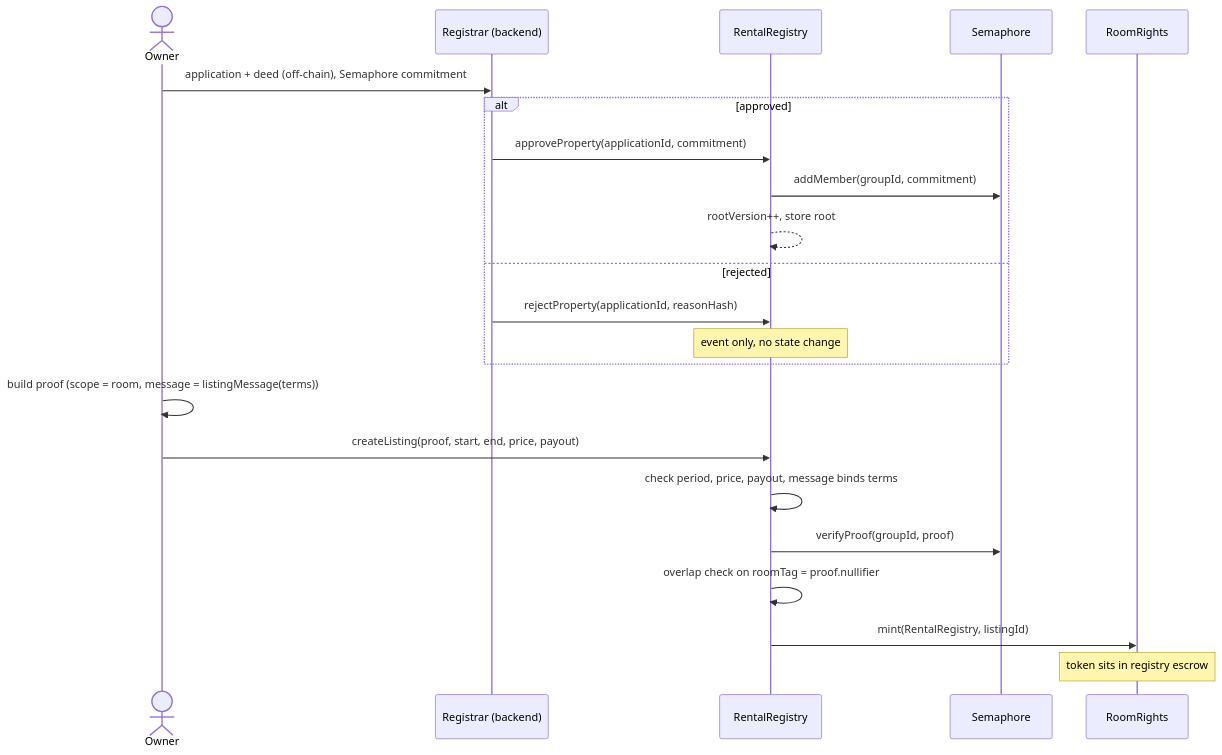
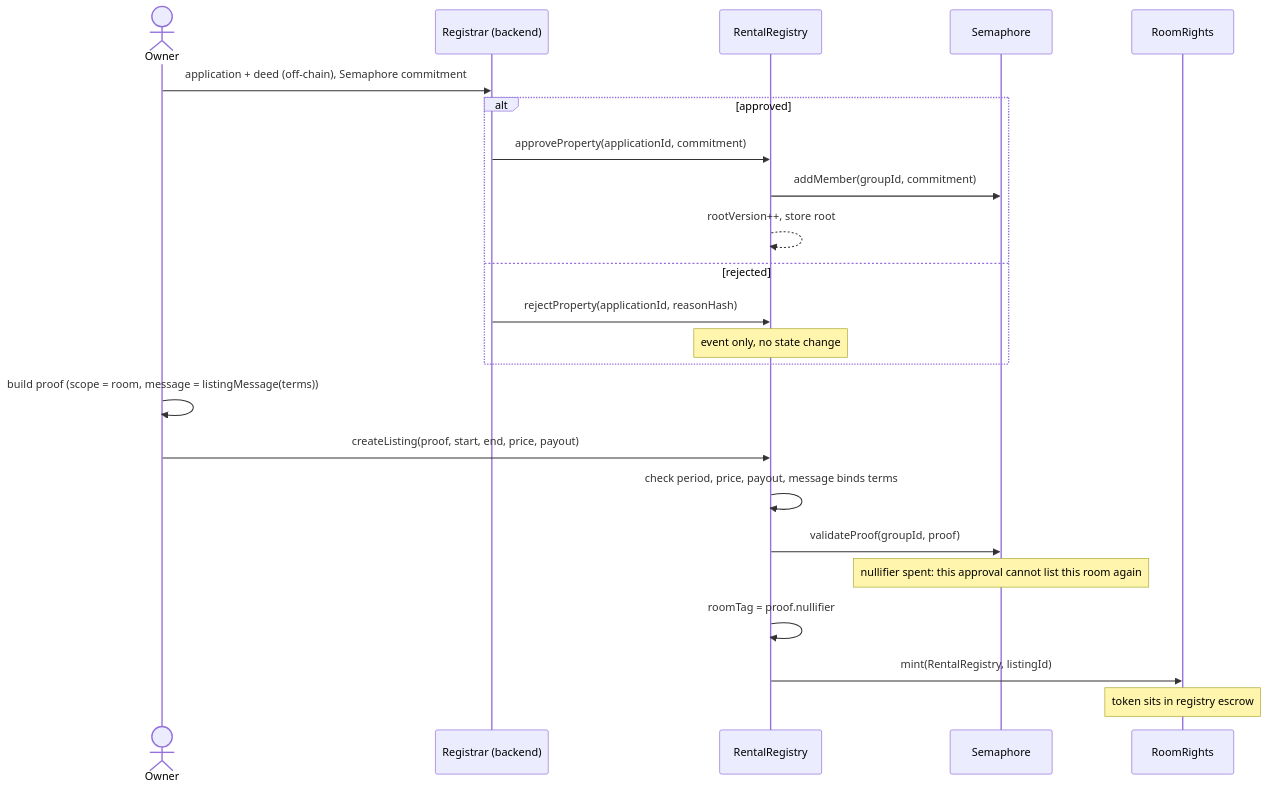
Before and after one commit to Nitish-d-Great/Rent-Me-Out: the second of 6 diagrams in foundry/README.md, drawn with Mermaid. The commit also changed other lines of this file and 24 other files, not shown here.

````diff
--- a/foundry/README.md
+++ b/foundry/README.md
@@ -119,25 +156,26 @@
 ```mermaid
 sequenceDiagram
     actor O as Owner
     participant R as Registrar (backend)
     participant RR as RentalRegistry
     participant S as Semaphore
     participant T as RoomRights
 
     O->>R: application + deed (off-chain), Semaphore commitment
     alt approved
         R->>RR: approveProperty(applicationId, commitment)
         RR->>S: addMember(groupId, commitment)
         RR-->>RR: rootVersion++, store root
     else rejected
         R->>RR: rejectProperty(applicationId, reasonHash)
         Note over RR: event only, no state change
     end
     O->>O: build proof (scope = room, message = listingMessage(terms))
     O->>RR: createListing(proof, start, end, price, payout)
     RR->>RR: check period, price, payout, message binds terms
-    RR->>S: verifyProof(groupId, proof)
-    RR->>RR: overlap check on roomTag = proof.nullifier
+    RR->>S: validateProof(groupId, proof)
+    Note over S: nullifier spent: this approval cannot list this room again
+    RR->>RR: roomTag = proof.nullifier
     RR->>T: mint(RentalRegistry, listingId)
     Note over T: token sits in registry escrow
 ```
````
